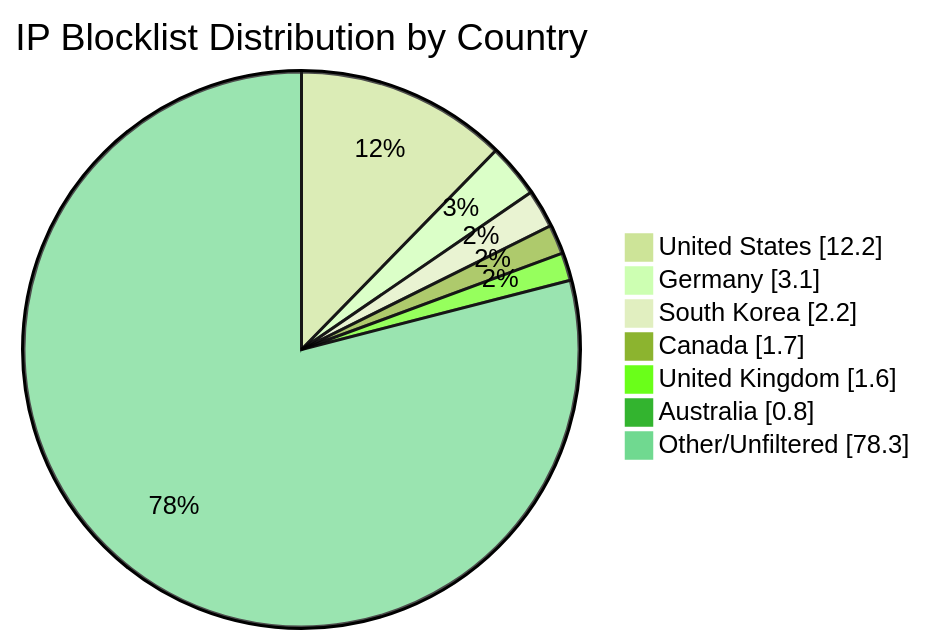
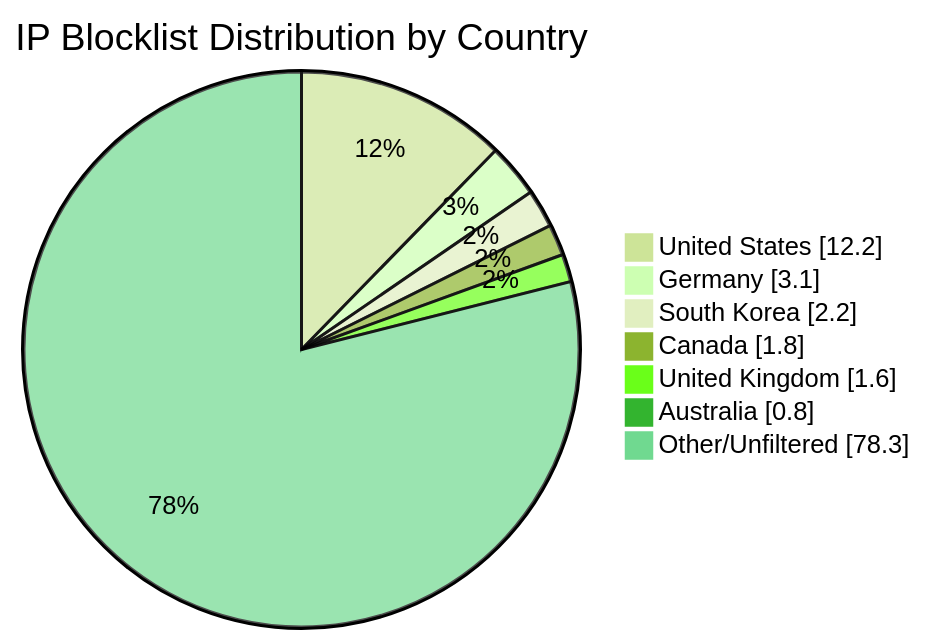
The diagram in README.md (MarcusHoltz/ipblocklist-geofiltered-aggregator), drawn with Mermaid (forest theme) before and after one commit. The commit also changed other lines of this file and 9 other files, not shown here.

````diff
--- a/README.md
+++ b/README.md
@@ -34,10 +34,10 @@
 ```mermaid
 pie showData title IP Blocklist Distribution by Country
 "United States" : 12.2
 "Germany" : 3.1
 "South Korea" : 2.2
-"Canada" : 1.7
+"Canada" : 1.8
 "United Kingdom" : 1.6
 "Australia" : 0.8
 "Other/Unfiltered" : 78.3
 ```
````
